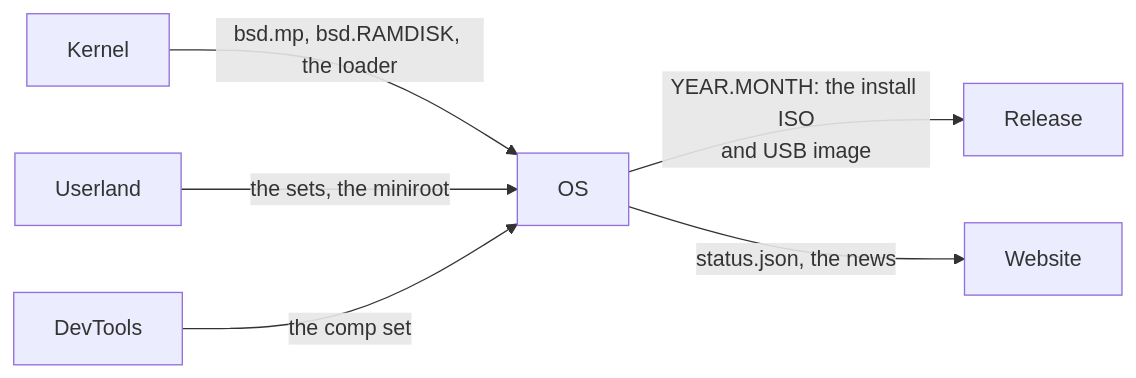
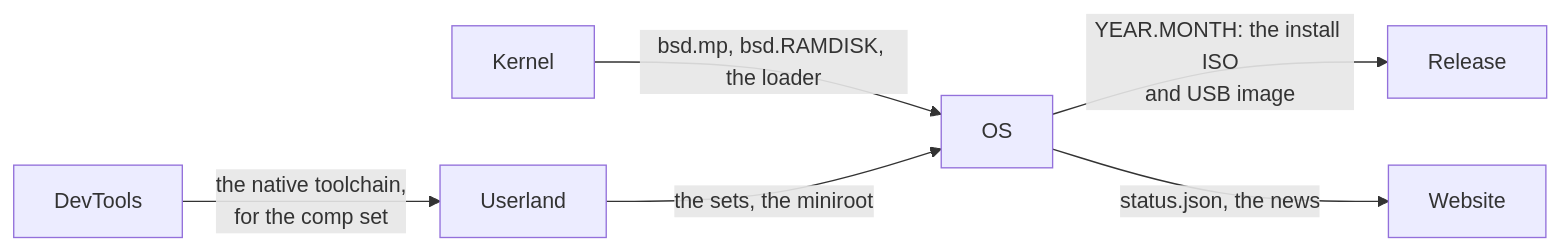
The diagram in README.md (EmiBSD/OS), drawn with Mermaid before and after one commit. The commit also changed other lines of this file and 4 other files, not shown here.

First line of the commit message:
docs: DevTools gives OS nothing directly; comp is Userland's

````diff
--- a/README.md
+++ b/README.md
@@ -35,8 +35,8 @@
 ```mermaid
 flowchart LR
     k["Kernel"] -- "bsd.mp, bsd.RAMDISK, the loader" --> os["OS"]
     ul["Userland"] -- "the sets, the miniroot" --> os
-    dev["DevTools"] -- "the comp set" --> os
+    dev["DevTools"] -- "the native toolchain,<br/>for the comp set" --> ul
     os -- "YEAR.MONTH: the install ISO<br/>and USB image" --> rel["Release"]
     os -- "status.json, the news" --> web["Website"]
 ```
````
